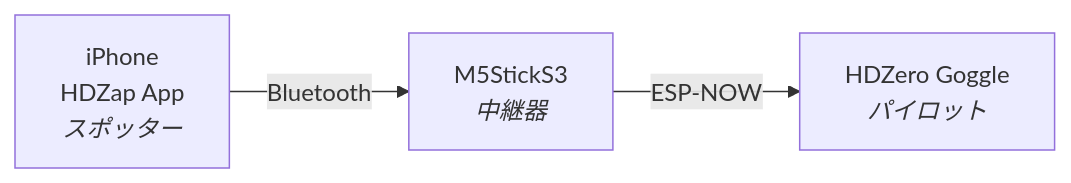
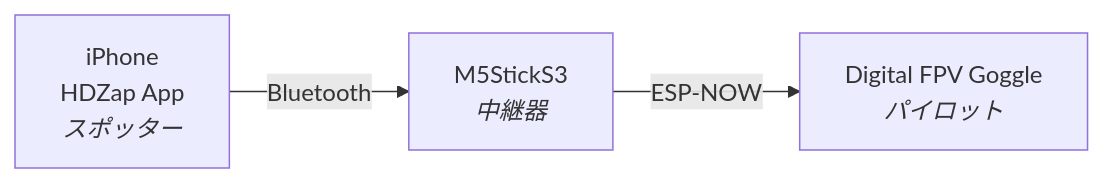
The first of 2 diagrams in docs/manual/ja.md (Saqoosha/HDZap), drawn with Mermaid before and after one commit. The commit also changed other lines of this file and 3 other files, not shown here.

````diff
--- a/docs/manual/ja.md
+++ b/docs/manual/ja.md
@@ -47,5 +45,5 @@
 ```mermaid
 flowchart LR
     A["iPhone<br/>HDZap App<br/><i>スポッター</i>"] -- Bluetooth --> B["M5StickS3<br/><i>中継器</i>"]
-    B -- ESP-NOW --> C["HDZero Goggle<br/><i>パイロット</i>"]
+    B -- ESP-NOW --> C["Digital FPV Goggle<br/><i>パイロット</i>"]
 ```
````
